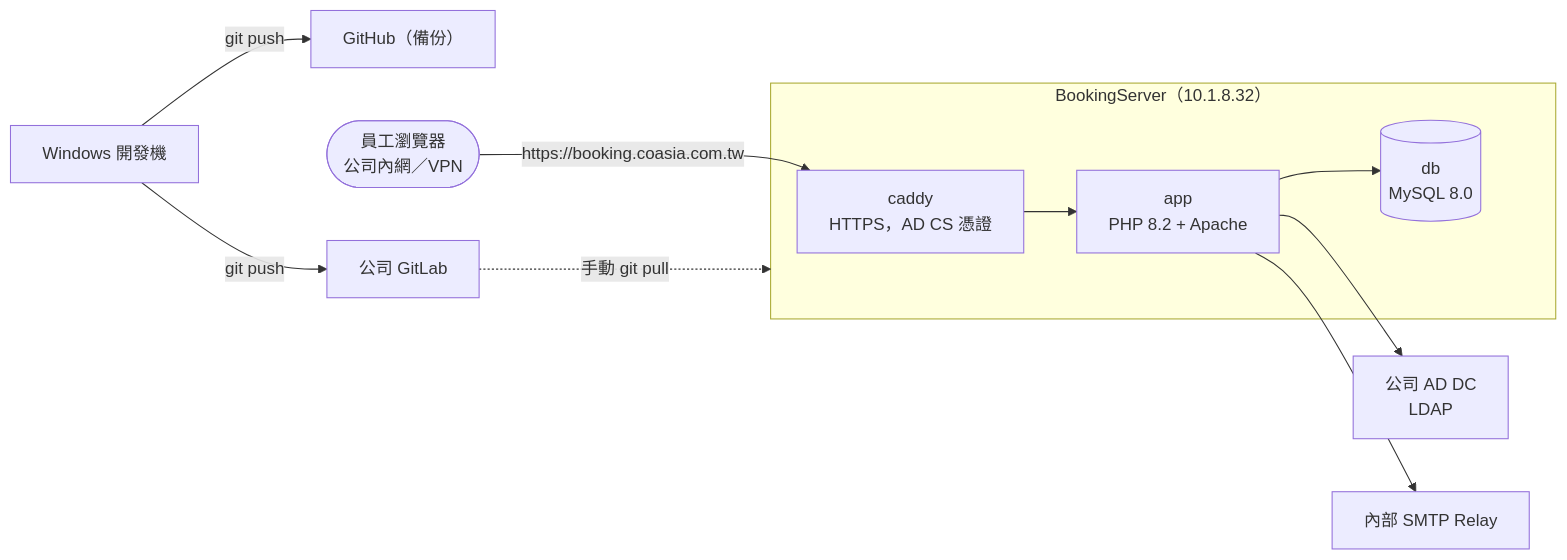
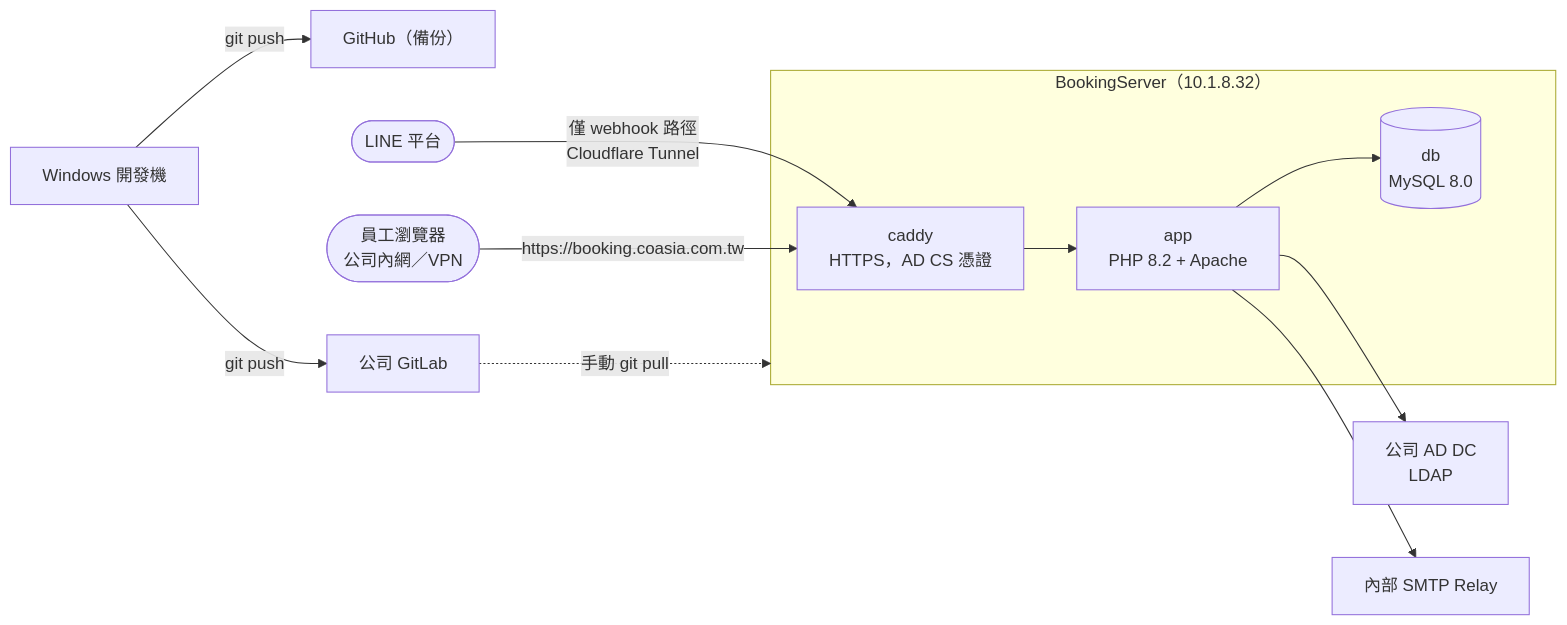
Before and after one commit to Shawn0604/LibreBooking-CoAsia: the diagram in README.md, drawn with Mermaid. The commit also changed other lines of this file, not shown here.

Commit message:
docs: update README with §62-65 changes, Profile redesign, LINE webhook tunnel

````diff
--- a/README.md
+++ b/README.md
@@ -87,14 +93,15 @@
 ```mermaid
 flowchart LR
     Dev["Windows 開發機"] -->|git push| GH["GitHub（備份）"]
     Dev -->|git push| GL["公司 GitLab"]
     GL -.->|手動 git pull| VM
+    LINE(["LINE 平台"]) -->|"僅 webhook 路徑<br/>Cloudflare Tunnel"| Caddy
 
     subgraph VM["BookingServer（10.1.8.32）"]
         Caddy["caddy<br/>HTTPS，AD CS 憑證"] --> App["app<br/>PHP 8.2 + Apache"] --> DB[("db<br/>MySQL 8.0")]
     end
 
     User(["員工瀏覽器<br/>公司內網／VPN"]) -->|"https://booking.coasia.com.tw"| Caddy
     App --> DC["公司 AD DC<br/>LDAP"]
     App --> SMTP["內部 SMTP Relay"]
 ```
````
